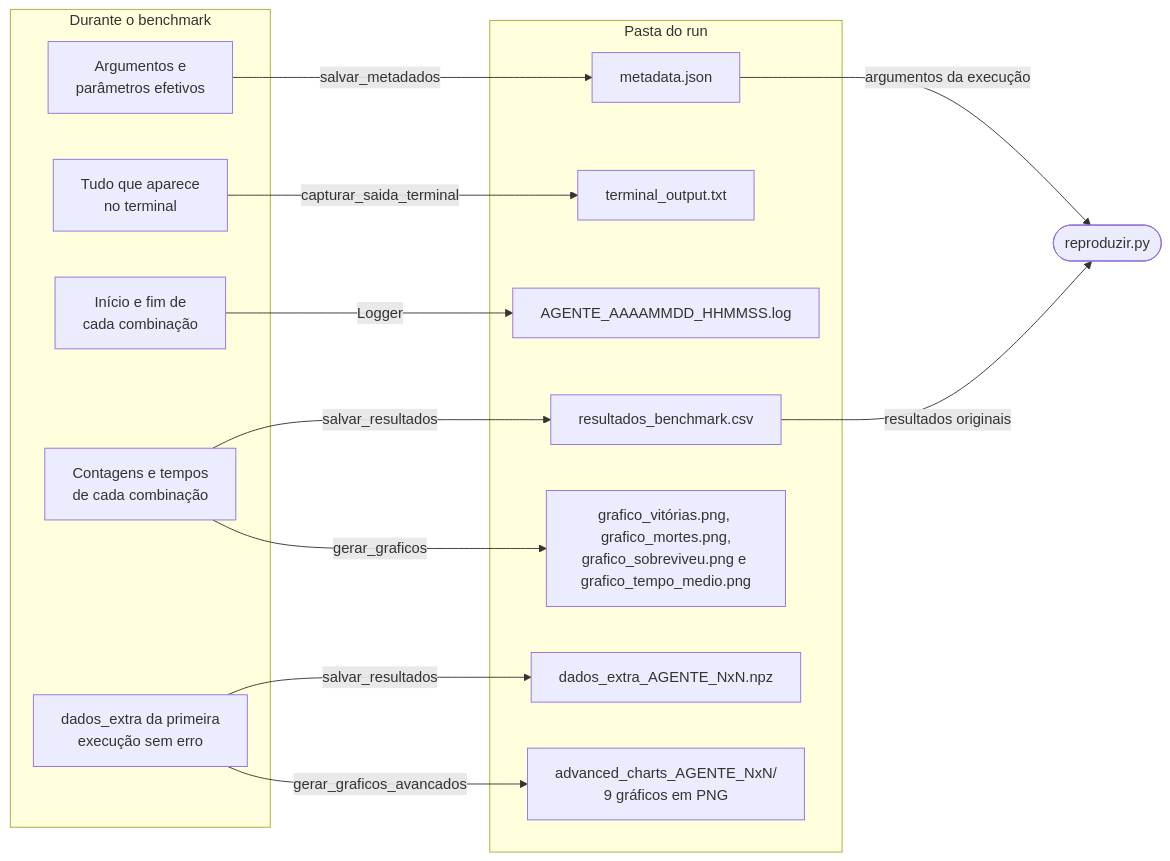
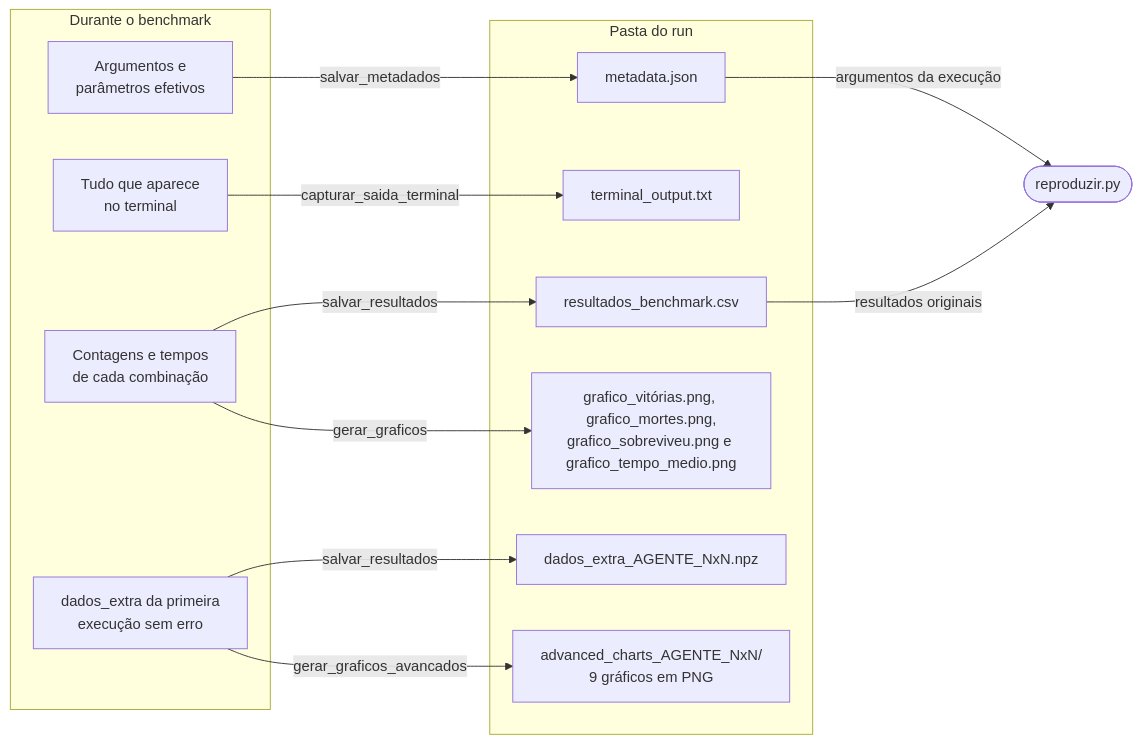
One commit to ingrid-kiki/wumpus_world_modular changed the diagram in docs/arquitetura/fluxo-de-dados.md. Above: the diagram before and after it, drawn with Mermaid. The commit also changed other lines of this file and 23 other files, not shown here.

First line of the commit message:
refactor: retira o Logger e os arquivos .log

````diff
--- a/docs/arquitetura/fluxo-de-dados.md
+++ b/docs/arquitetura/fluxo-de-dados.md
@@ -6,31 +6,28 @@
 ```mermaid
 flowchart LR
     subgraph entrada["Durante o benchmark"]
         argumentos["Argumentos e<br/>parâmetros efetivos"]
         terminal["Tudo que aparece<br/>no terminal"]
-        marcos["Início e fim de<br/>cada combinação"]
         resumo["Contagens e tempos<br/>de cada combinação"]
         extras["dados_extra da primeira<br/>execução sem erro"]
     end
 
     subgraph pasta["Pasta do run"]
         metadata["metadata.json"]
         saida["terminal_output.txt"]
-        logs["AGENTE_AAAAMMDD_HHMMSS.log"]
         csv["resultados_benchmark.csv"]
         basicos["grafico_vitórias.png, grafico_mortes.png,<br/>grafico_sobreviveu.png e grafico_tempo_medio.png"]
         npz["dados_extra_AGENTE_NxN.npz"]
         avancados["advanced_charts_AGENTE_NxN/<br/>9 gráficos em PNG"]
     end
 
     argumentos -- "salvar_metadados" --> metadata
     terminal -- "capturar_saida_terminal" --> saida
-    marcos -- "Logger" --> logs
     resumo -- "salvar_resultados" --> csv
     resumo -- "gerar_graficos" --> basicos
     extras -- "salvar_resultados" --> npz
     extras -- "gerar_graficos_avancados" --> avancados
 
     metadata -- "argumentos da execução" --> reproduzir(["reproduzir.py"])
     csv -- "resultados originais" --> reproduzir
 ```
````
